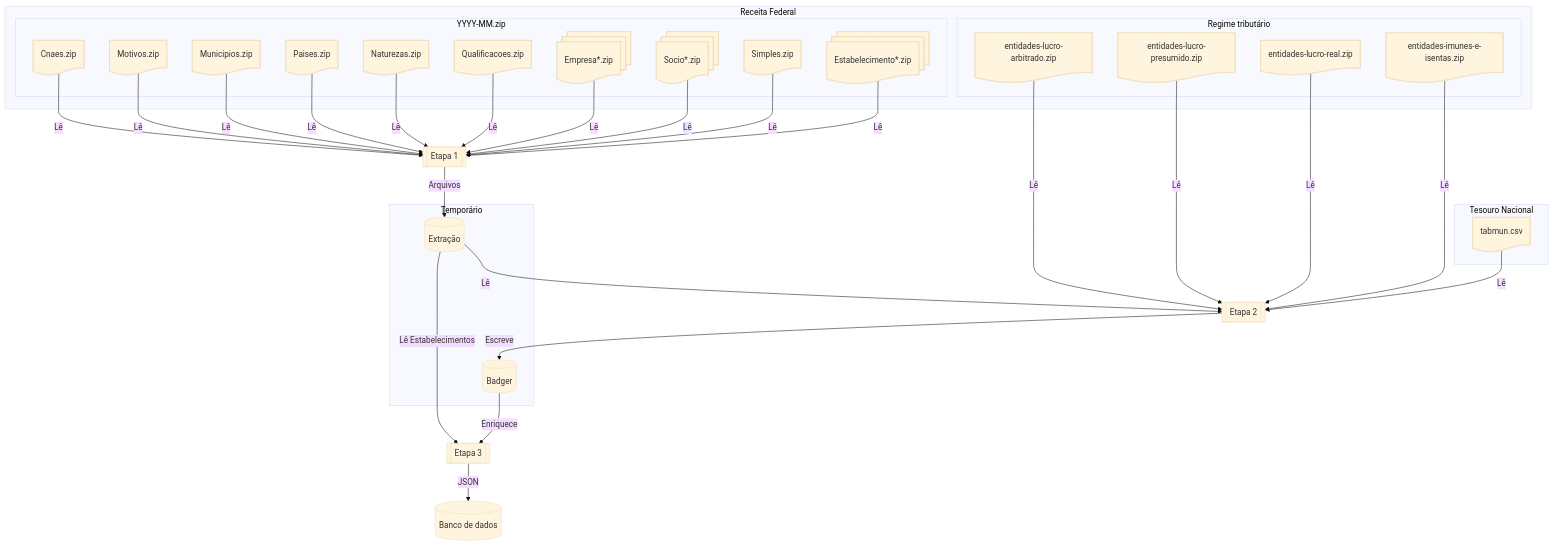
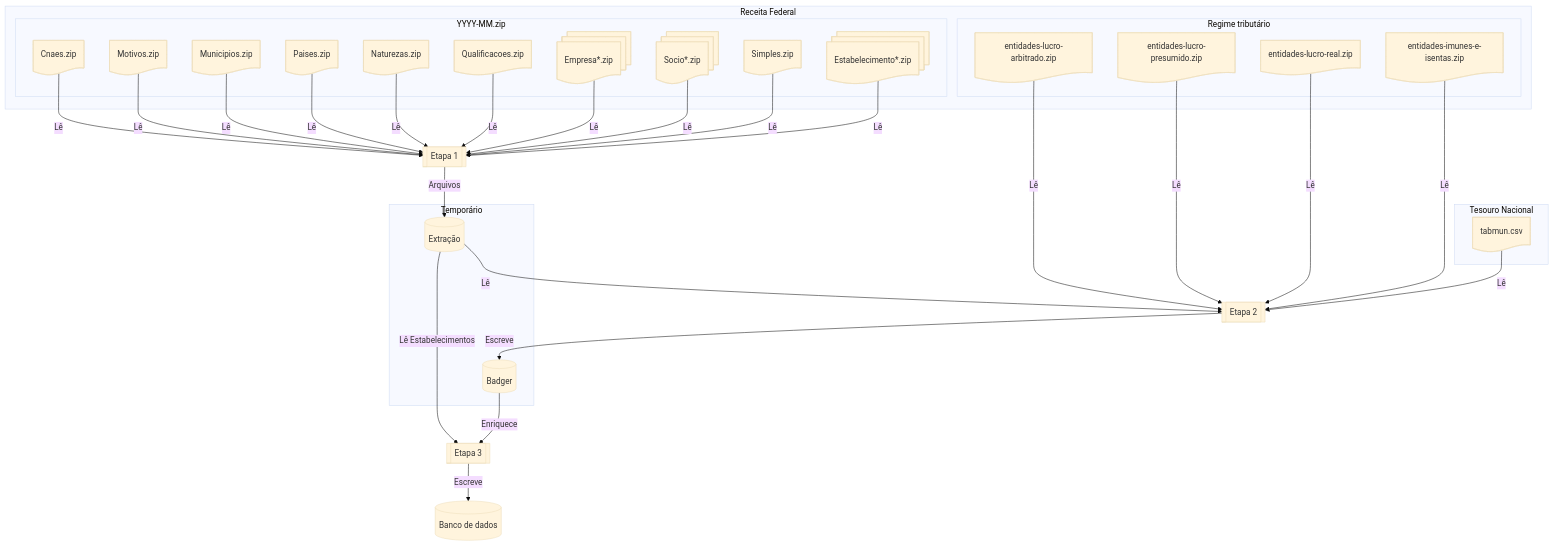
Before and after one commit to danie1net0/nossa-receita: the diagram in docs/contributing/etl.md, drawn with Mermaid (base theme). The commit also changed other lines of this file and 62 other files, not shown here.

````diff
--- a/docs/contributing/etl.md
+++ b/docs/contributing/etl.md
@@ -53,61 +53,61 @@
 ```mermaid
 flowchart
     subgraph RFB ["Receita Federal"]
         subgraph D ["YYYY-MM.zip"]
             Est@{ shape: docs, label: "Estabelecimento*.zip"}
             Emp@{ shape: docs, label: "Empresa*.zip"}
             Soc@{ shape: docs, label: "Socio*.zip"}
             Sim@{ shape: doc, label: "Simples.zip"}
             Cna@{ shape: doc, label: "Cnaes.zip"}
             Mot@{ shape: doc, label: "Motivos.zip"}
             Mun@{ shape: doc, label: "Municipios.zip"}
             Pai@{ shape: doc, label: "Paises.zip"}
             Nat@{ shape: doc, label: "Naturezas.zip"}
             Qua@{ shape: doc, label: "Qualificacoes.zip"}
         end
         subgraph RT ["Regime tributário"]
             LuA@{ shape: doc, label: "entidades-lucro-arbitrado.zip"}
             LuP@{ shape: doc, label: "entidades-lucro-presumido.zip"}
             LuR@{ shape: doc, label: "entidades-lucro-real.zip"}
             IeI@{ shape: doc, label: "entidades-imunes-e-isentas.zip"}
         end
     end
 
     subgraph T ["Tesouro Nacional"]
         Tab@{ shape: doc, label: "tabmun.csv"}
     end
 
     subgraph TMP ["Temporário"]
       Ext@{ shape: db, label: "Extração" }
       Bad@{ shape: db, label: "Badger" }
     end
 
     ETL1@{ shape: subproc, label: "Etapa 1" }
     ETL2@{ shape: subproc, label: "Etapa 2" }
     ETL3@{ shape: subproc, label: "Etapa 3" }
     DB@{ shape: db, label: "Banco de dados" }
 
     Cna -->|Lê| ETL1
     Mot -->|Lê| ETL1
     Mun -->|Lê| ETL1
     Pai -->|Lê| ETL1
     Nat -->|Lê| ETL1
     Qua -->|Lê| ETL1
     Emp -->|Lê| ETL1
     Soc -->|Lê| ETL1
     Sim -->|Lê| ETL1
     Est -->|Lê| ETL1
     ETL1 -->|Arquivos| Ext
 
     Ext -->|Lê| ETL2
     LuA -->|Lê| ETL2
     LuP -->|Lê| ETL2
     LuR -->|Lê| ETL2
     IeI -->|Lê| ETL2
     Tab -->|Lê| ETL2
     ETL2 -->|Escreve| Bad
 
     Ext -->|Lê Estabelecimentos| ETL3
     Bad -->|Enriquece| ETL3
-    ETL3 -->|JSON| DB
+    ETL3 -->|Escreve| DB
 ```
````
